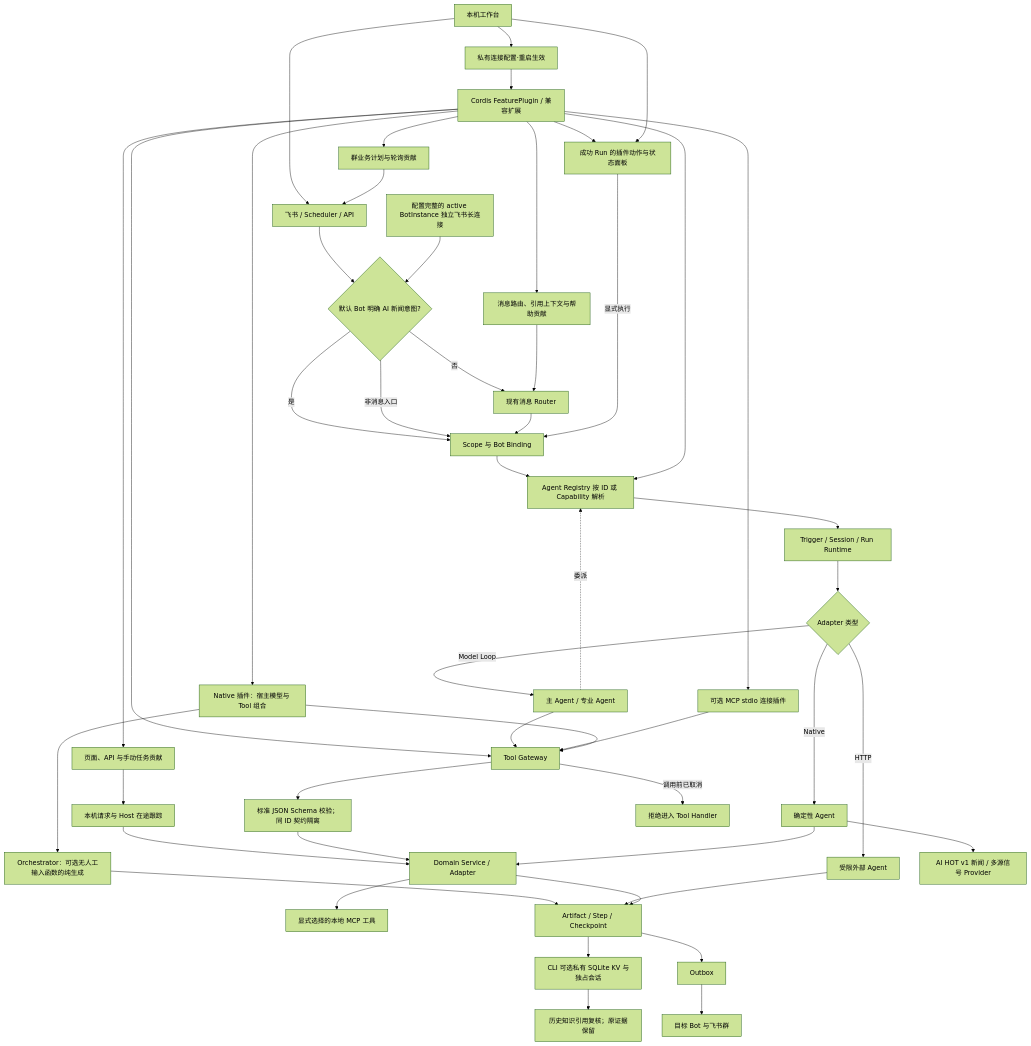
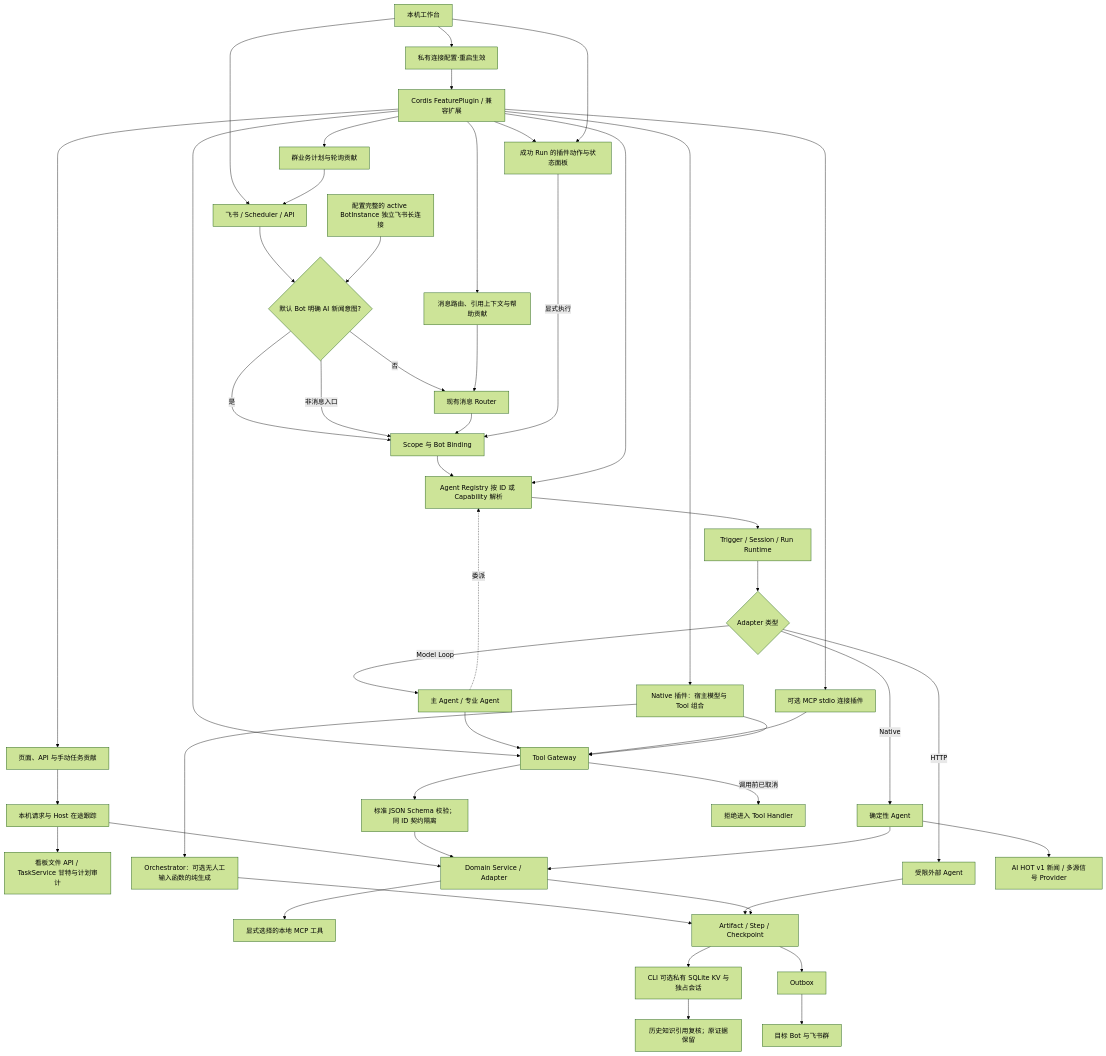
The diagram in backend/src/platform/FEATURE.md (KlayPeter/AI-Delivery-Ops-Agent), drawn with Mermaid (forest theme) before and after one commit. The commit also changed other lines of this file and 28 other files, not shown here.

````diff
--- a/backend/src/platform/FEATURE.md
+++ b/backend/src/platform/FEATURE.md
@@ -29,50 +29,51 @@
 ```mermaid
 flowchart TD
     UI[本机工作台] --> A
     UI --> LC[私有连接配置·重启生效]
     LC --> X
     A["飞书 / Scheduler / API"] --> R{"默认 Bot 明确 AI 新闻意图?"}
     R -- "是" --> B["Scope 与 Bot Binding"]
     R -- "否" --> Q["现有消息 Router"]
     R -- "非消息入口" --> B
     Q --> B
     B --> C["Agent Registry 按 ID 或 Capability 解析"]
     X["Cordis FeaturePlugin / 兼容扩展"] --> C
     X --> I["Tool / Skill / Adapter 注册"]
     X --> MR["消息路由、引用上下文与帮助贡献"]
     MR --> Q
     X --> WEB[页面、API 与手动任务贡献]
     WEB --> WREQ[本机请求与 Host 在途跟踪]
+    WREQ --> PV[看板文件 API / TaskService 甘特与计划审计]
     WREQ --> J
     X --> RA[成功 Run 的插件动作与状态面板]
     UI --> RA
     RA -- 显式执行 --> B
     X --> SJ[群业务计划与轮询贡献]
     SJ --> A
     C --> D["Trigger / Session / Run Runtime"]
     D --> E{"Adapter 类型"}
     E -- Model Loop --> F["主 Agent / 专业 Agent"]
     E -- Native --> G["确定性 Agent"]
     E -- HTTP --> H["受限外部 Agent"]
     F --> I["Tool Gateway"]
     F -. 委派 .-> C
     I --> SV[标准 JSON Schema 校验；同 ID 契约隔离]
     SV --> J["Domain Service / Adapter"]
     X --> MCP[可选 MCP stdio 连接插件]
     MCP --> I
     J --> MS[显式选择的本地 MCP 工具]
     I -- "调用前已取消" --> XC["拒绝进入 Tool Handler"]
     X --> NP["Native 插件：宿主模型与 Tool 组合"]
     NP --> I
     NP --> OM["Orchestrator：可选无人工输入函数的纯生成"]
     OM --> K
     G --> J
     H --> K["Artifact / Step / Checkpoint"]
     K --> LS[CLI 可选私有 SQLite KV 与独占会话]
     LS --> IR[历史知识引用复核；原证据保留]
     J --> K
     K --> L["Outbox"]
     L --> M["目标 Bot 与飞书群"]
     N["配置完整的 active BotInstance 独立飞书长连接"] --> R
     G --> O["AI HOT v1 新闻 / 多源信号 Provider"]
 ```
````
